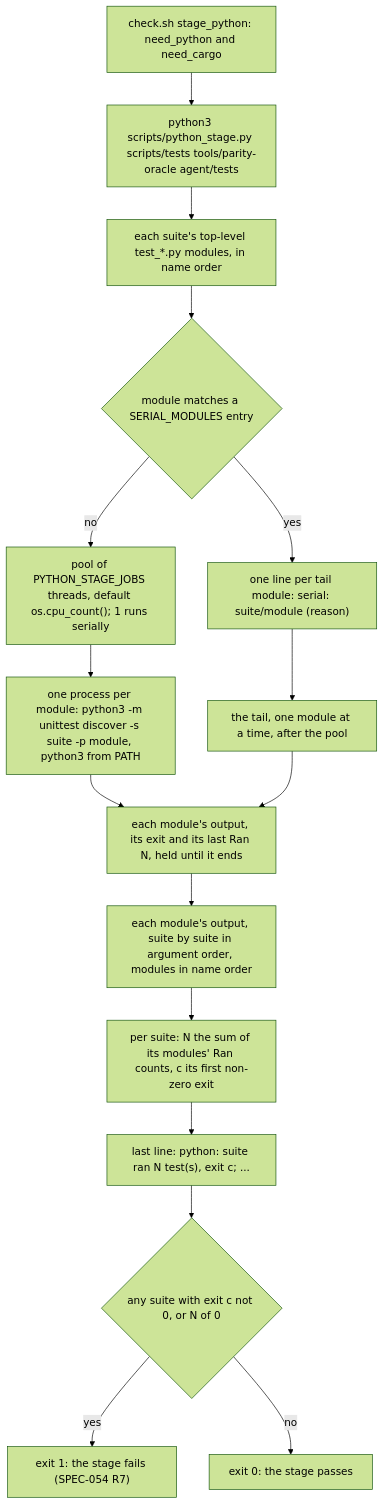
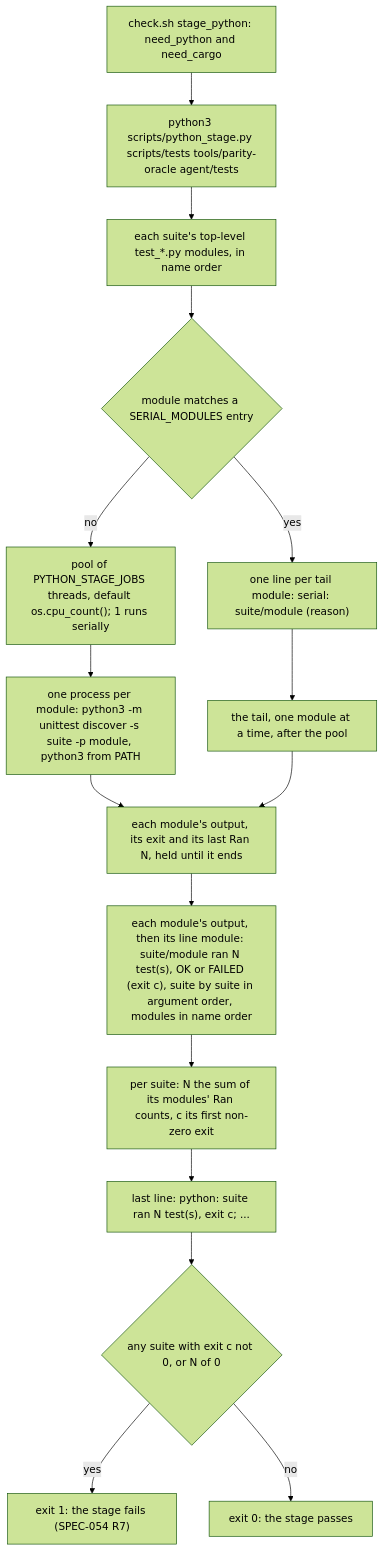
One commit to RexRenatus/deck-streak changed the diagram in docs/schematics/python-stage-module-pool.md. Above: the diagram before and after it, drawn with Mermaid (forest theme). The commit also changed 4 other files, not shown here.

Commit message:
test(stage): name each module beside its own ran line

````diff
--- a/docs/schematics/python-stage-module-pool.md
+++ b/docs/schematics/python-stage-module-pool.md
@@ -6,18 +6,18 @@
 ```mermaid
 flowchart TD
     stage["check.sh stage_python: need_python and need_cargo"] --> runner["python3 scripts/python_stage.py scripts/tests tools/parity-oracle agent/tests"]
     runner --> list["each suite's top-level test_*.py modules, in name order"]
     list --> split{"module matches a SERIAL_MODULES entry"}
     split -- "yes" --> named["one line per tail module: serial: suite/module (reason)"]
     split -- "no" --> pool["pool of PYTHON_STAGE_JOBS threads, default os.cpu_count(); 1 runs serially"]
     pool --> proc["one process per module: python3 -m unittest discover -s suite -p module, python3 from PATH"]
     named --> tail["the tail, one module at a time, after the pool"]
     proc --> held["each module's output, its exit and its last Ran N, held until it ends"]
     tail --> held
-    held --> print["each module's output, suite by suite in argument order, modules in name order"]
+    held --> print["each module's output, then its line module: suite/module ran N test(s), OK or FAILED (exit c), suite by suite in argument order, modules in name order"]
     print --> sum["per suite: N the sum of its modules' Ran counts, c its first non-zero exit"]
     sum --> verdict["last line: python: suite ran N test(s), exit c; ..."]
     verdict --> exit{"any suite with exit c not 0, or N of 0"}
     exit -- "yes" --> red["exit 1: the stage fails (SPEC-054 R7)"]
     exit -- "no" --> green["exit 0: the stage passes"]
 ```
````
